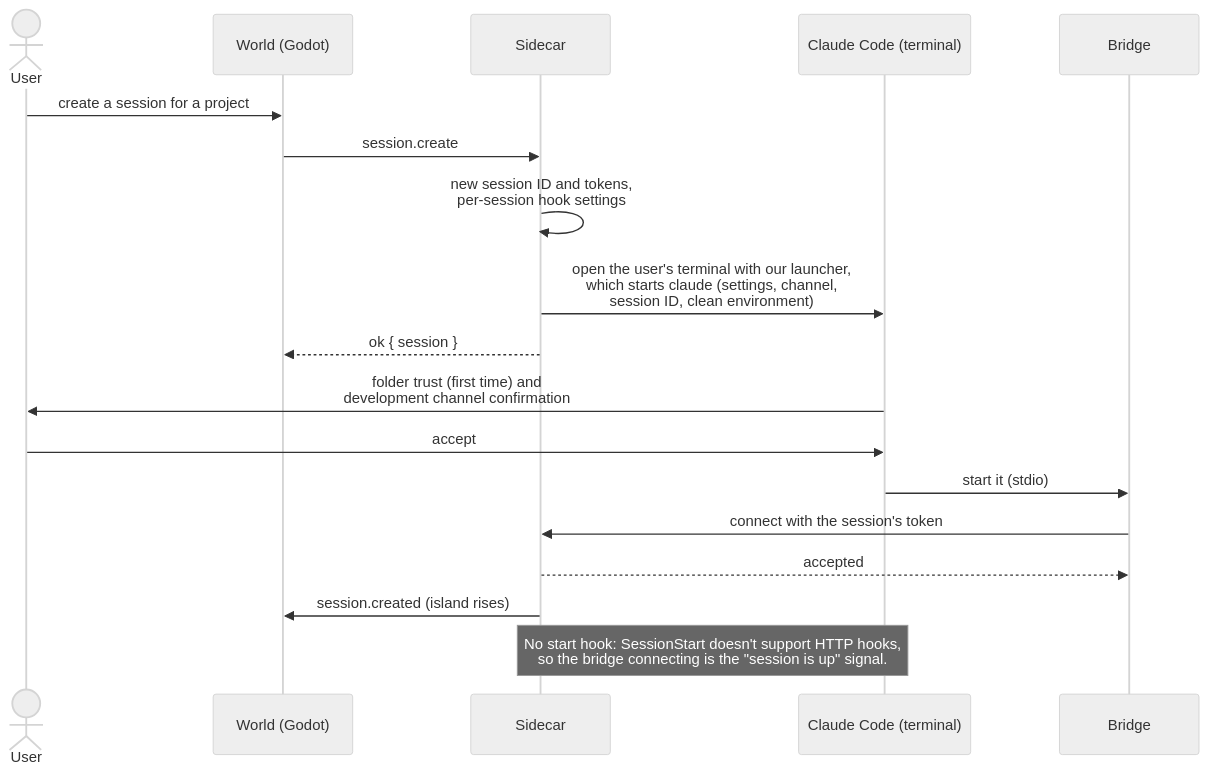
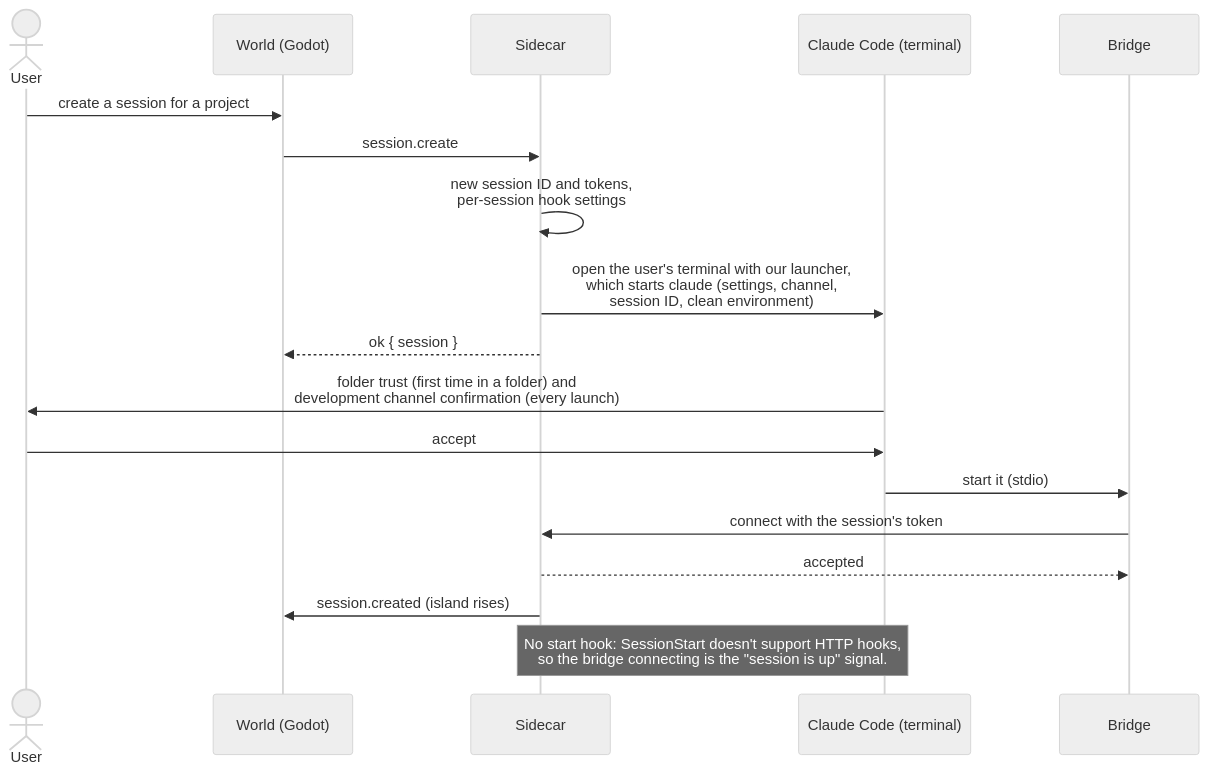
The second of 8 diagrams in docs/flows.md (PaoloPortugal/The-Beach), drawn with Mermaid (neutral theme) before and after one commit. The commit also changed 5 other files, not shown here.

````diff
--- a/docs/flows.md
+++ b/docs/flows.md
@@ -77,21 +77,21 @@
 ```mermaid
 sequenceDiagram
     actor User
     participant World as World (Godot)
     participant Sidecar
     participant Claude as Claude Code (terminal)
     participant Bridge
 
     User->>World: create a session for a project
     World->>Sidecar: session.create
     Sidecar->>Sidecar: new session ID and tokens,<br/>per-session hook settings
     Sidecar->>Claude: open the user's terminal with our launcher,<br/>which starts claude (settings, channel,<br/>session ID, clean environment)
     Sidecar-->>World: ok { session }
-    Claude->>User: folder trust (first time) and<br/>development channel confirmation
+    Claude->>User: folder trust (first time in a folder) and<br/>development channel confirmation (every launch)
     User->>Claude: accept
     Claude->>Bridge: start it (stdio)
     Bridge->>Sidecar: connect with the session's token
     Sidecar-->>Bridge: accepted
     Sidecar->>World: session.created (island rises)
     Note over Claude,Sidecar: No start hook: SessionStart doesn't support HTTP hooks,<br/>so the bridge connecting is the "session is up" signal.
 ```
````
